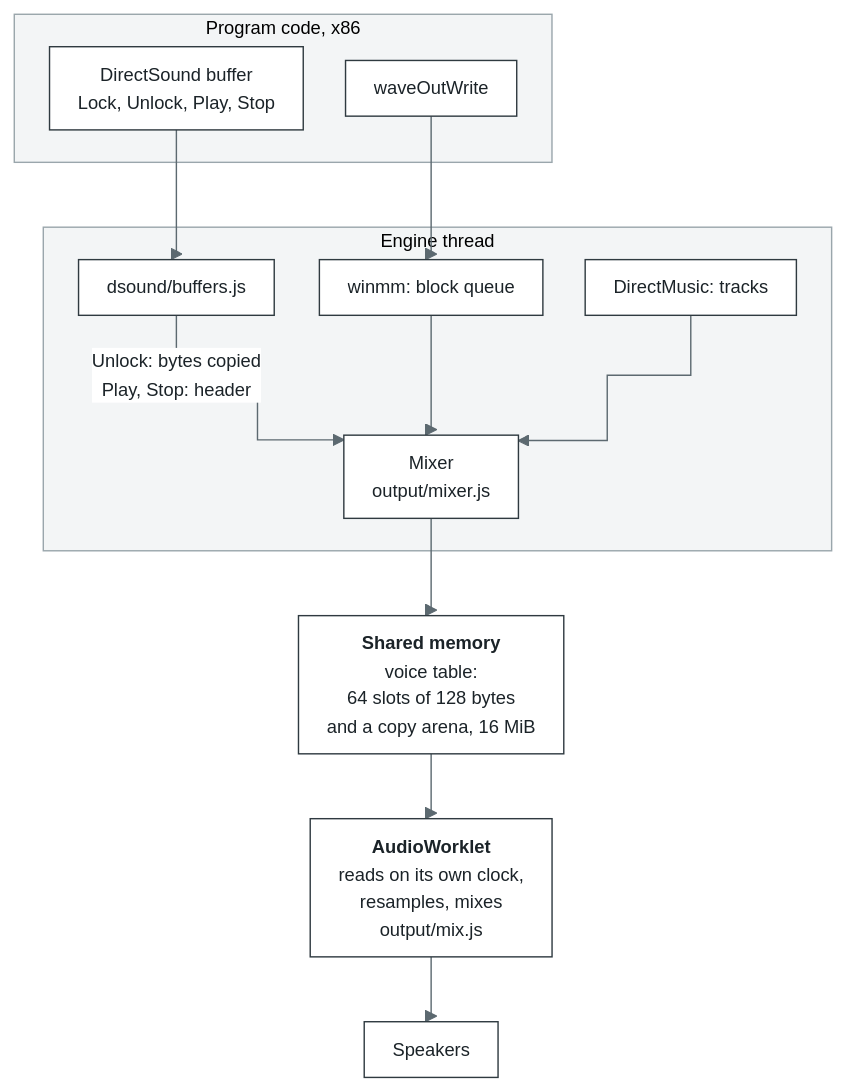
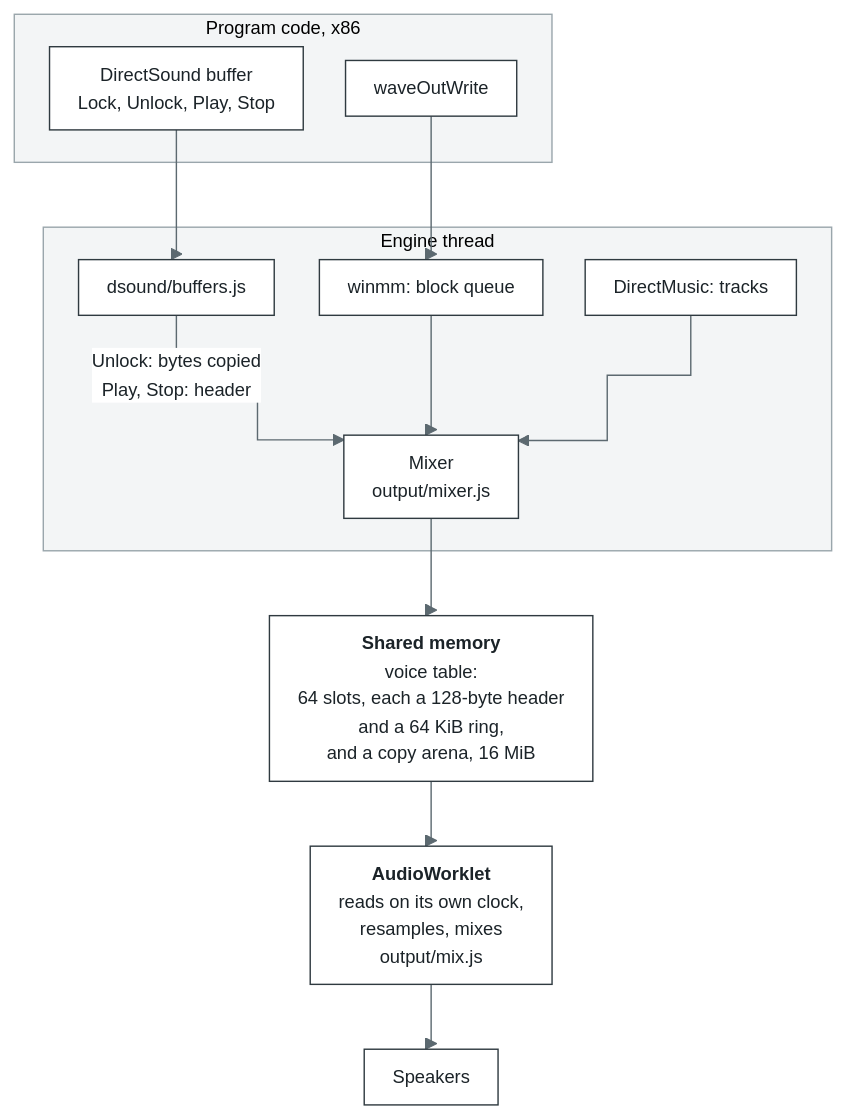
One commit to bottlify/bottlify changed the eighth of 10 diagrams in docs/architecture.md. Above: the diagram before and after it, drawn with Mermaid. The commit also changed other lines of this file and 5 other files, not shown here.

````diff
--- a/docs/architecture.md
+++ b/docs/architecture.md
@@ -687,24 +771,24 @@
 ```mermaid
 %%{init: {"theme": "base", "flowchart": {"curve": "step", "nodeSpacing": 30, "rankSpacing": 46, "padding": 10}, "themeVariables": {"fontFamily": "Inter, Segoe UI, Helvetica, Arial, sans-serif", "fontSize": "13px", "primaryColor": "#FFFFFF", "primaryBorderColor": "#2F3A40", "primaryTextColor": "#1B2328", "lineColor": "#5C6970", "clusterBkg": "#F3F5F6", "clusterBorder": "#9AA6AC", "edgeLabelBackground": "#FFFFFF"}}}%%
 flowchart TB
   subgraph GC["Program code, x86"]
     DS["DirectSound buffer<br/>Lock, Unlock, Play, Stop"]
     WO["waveOutWrite"]
   end
   subgraph EW["Engine thread"]
     DB["dsound/buffers.js"]
     WM["winmm: block queue"]
     DM["DirectMusic: tracks"]
     MX["Mixer<br/>output/mixer.js"]
   end
-  TB["<b>Shared memory</b><br/>voice table:<br/>64 slots of 128 bytes<br/>and a copy arena, 16 MiB"]
+  TB["<b>Shared memory</b><br/>voice table:<br/>64 slots, each a 128-byte header<br/>and a 64 KiB ring,<br/>and a copy arena, 16 MiB"]
   RD["<b>AudioWorklet</b><br/>reads on its own clock,<br/>resamples, mixes<br/>output/mix.js"]
   DS --> DB
   WO --> WM
   DB -->|"Unlock: bytes copied<br/>Play, Stop: header"| MX
   WM --> MX
   DM --> MX
   MX --> TB
   TB --> RD
   RD --> SPK["Speakers"]
 ```
````
